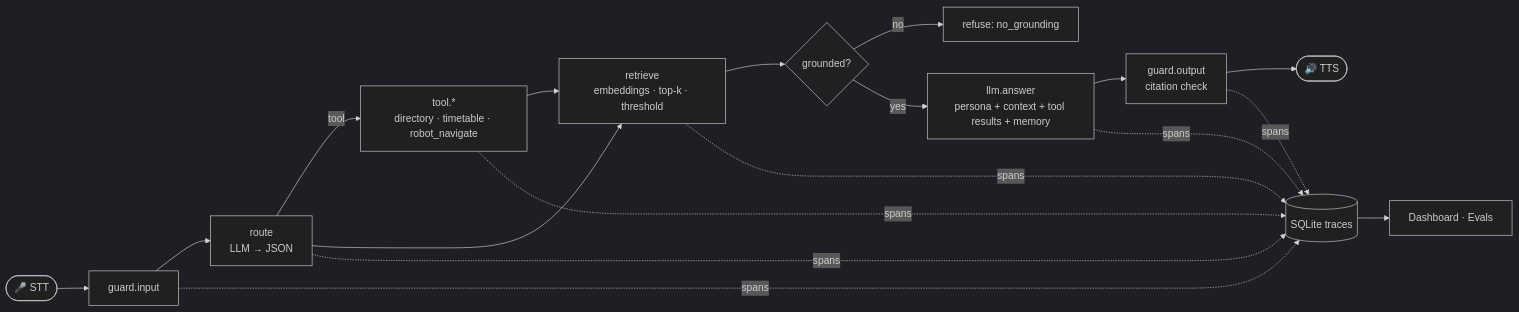
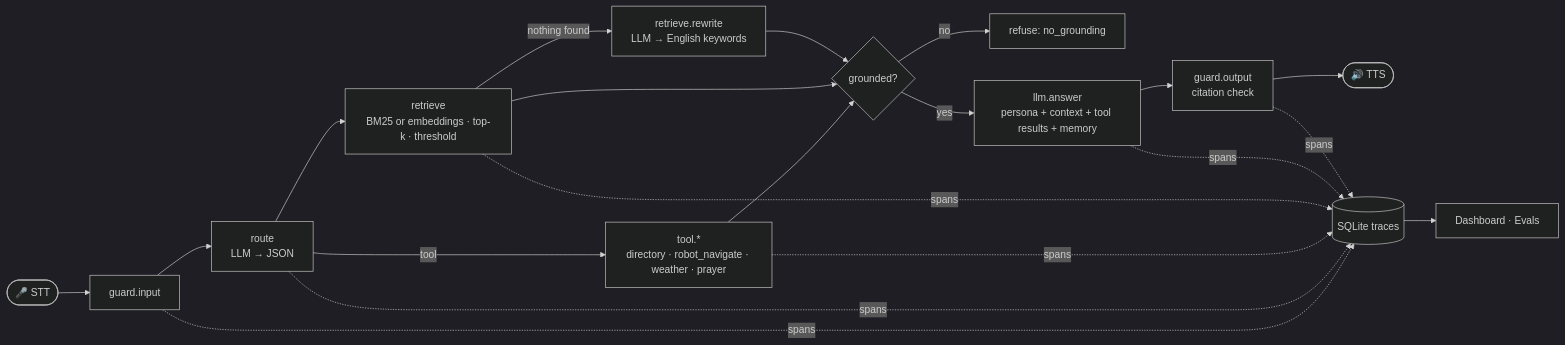
Before and after one commit to Apex1s/ari-observable-agent: the diagram in README.md, drawn with Mermaid (dark theme). The commit also changed other lines of this file and 37 other files, not shown here.

````diff
--- a/README.md
+++ b/README.md
@@ -30,14 +49,16 @@
 ```mermaid
 flowchart LR
     mic([🎤 STT]) --> G1[guard.input]
     G1 --> R[route<br/>LLM → JSON]
-    R -->|tool| T[tool.*<br/>directory · timetable · robot_navigate]
-    R --> RET[retrieve<br/>embeddings · top-k · threshold]
-    T --> RET
-    RET --> S{grounded?}
+    R -->|tool| T[tool.*<br/>directory · robot_navigate · weather · prayer]
+    R --> RET[retrieve<br/>BM25 or embeddings · top-k · threshold]
+    RET -->|nothing found| RW[retrieve.rewrite<br/>LLM → English keywords]
+    T --> S{grounded?}
+    RET --> S
+    RW --> S
     S -->|no| REF[refuse: no_grounding]
     S -->|yes| L[llm.answer<br/>persona + context + tool results + memory]
     L --> G2[guard.output<br/>citation check]
     G2 --> spk([🔊 TTS])
     G1 & R & T & RET & L & G2 -.spans.-> DB[(SQLite traces)] --> D[Dashboard · Evals]
 ```
````
